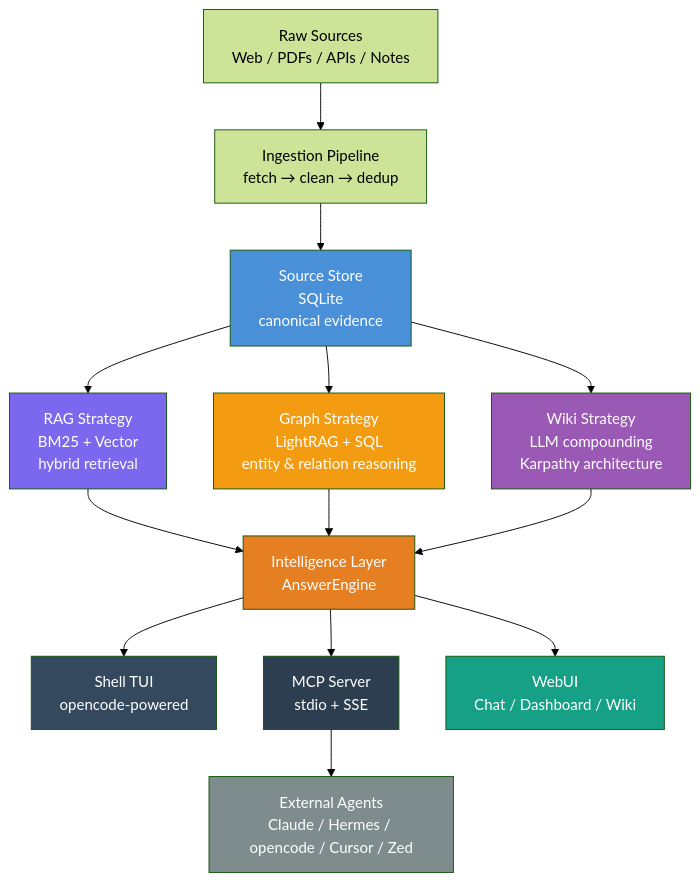
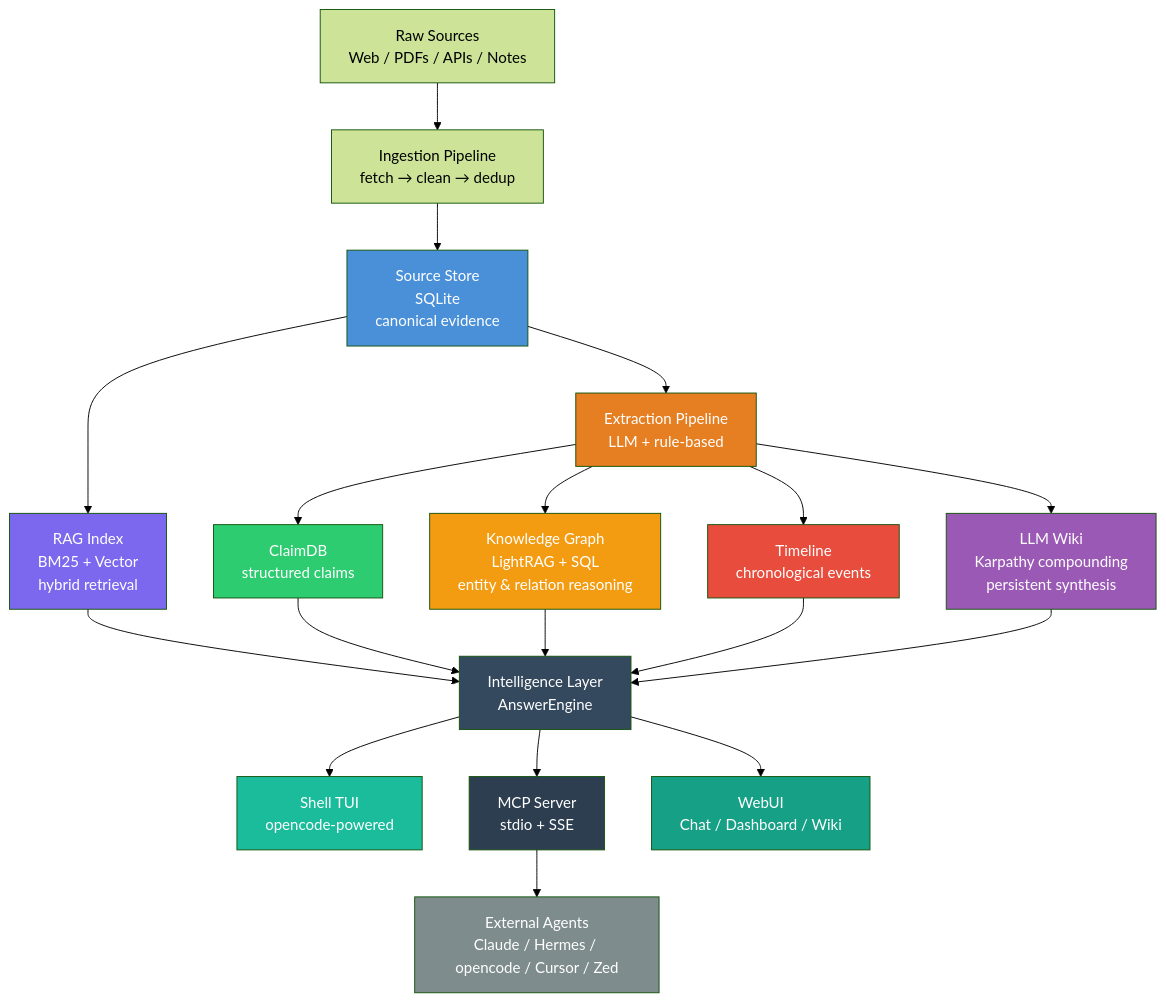
One commit to fayememe/softwiki changed the diagram in README.md. Above: the diagram before and after it, drawn with Mermaid (forest theme).

Commit message:
readme: restore extraction pipeline layer in architecture diagram
Ultraworked with [Sisyphus](https://github.com/code-yeongyu/oh-my-openagent)

````diff
--- a/README.md
+++ b/README.md
@@ -5,30 +5,39 @@
 ```mermaid
 graph TD
     RS["Raw Sources<br/>Web / PDFs / APIs / Notes"] --> ING["Ingestion Pipeline<br/>fetch → clean → dedup"]
 
     ING --> SS["Source Store<br/>SQLite<br/>canonical evidence"]
 
-    SS --> STR1["RAG Strategy<br/>BM25 + Vector<br/>hybrid retrieval"]
-    SS --> STR2["Graph Strategy<br/>LightRAG + SQL<br/>entity & relation reasoning"]
-    SS --> STR3["Wiki Strategy<br/>LLM compounding<br/>Karpathy architecture"]
+    SS --> RAG["RAG Index<br/>BM25 + Vector<br/>hybrid retrieval"]
+    SS --> EX["Extraction Pipeline<br/>LLM + rule-based"]
 
-    STR1 --> INTEL["Intelligence Layer<br/>AnswerEngine"]
-    STR2 --> INTEL
-    STR3 --> INTEL
+    EX --> CDB["ClaimDB<br/>structured claims"]
+    EX --> KG["Knowledge Graph<br/>LightRAG + SQL<br/>entity & relation reasoning"]
+    EX --> TL["Timeline<br/>chronological events"]
+    EX --> WIKI["LLM Wiki<br/>Karpathy compounding<br/>persistent synthesis"]
+
+    RAG --> INTEL["Intelligence Layer<br/>AnswerEngine"]
+    CDB --> INTEL
+    KG --> INTEL
+    TL --> INTEL
+    WIKI --> INTEL
 
     INTEL --> TUI["Shell TUI<br/>opencode-powered"]
     INTEL --> MCP["MCP Server<br/>stdio + SSE"]
     INTEL --> WEB["WebUI<br/>Chat / Dashboard / Wiki"]
 
     MCP --> AGENTS["External Agents<br/>Claude / Hermes / opencode / Cursor / Zed"]
 
     style SS fill:#4a90d9,color:#fff
-    style STR1 fill:#7b68ee,color:#fff
-    style STR2 fill:#f39c12,color:#fff
-    style STR3 fill:#9b59b6,color:#fff
-    style INTEL fill:#e67e22,color:#fff
-    style TUI fill:#34495e,color:#fff
+    style RAG fill:#7b68ee,color:#fff
+    style EX fill:#e67e22,color:#fff
+    style CDB fill:#2ecc71,color:#fff
+    style KG fill:#f39c12,color:#fff
+    style TL fill:#e74c3c,color:#fff
+    style WIKI fill:#9b59b6,color:#fff
+    style INTEL fill:#34495e,color:#fff
+    style TUI fill:#1abc9c,color:#fff
     style MCP fill:#2c3e50,color:#fff
     style WEB fill:#16a085,color:#fff
     style AGENTS fill:#7f8c8d,color:#fff
 ```
````
